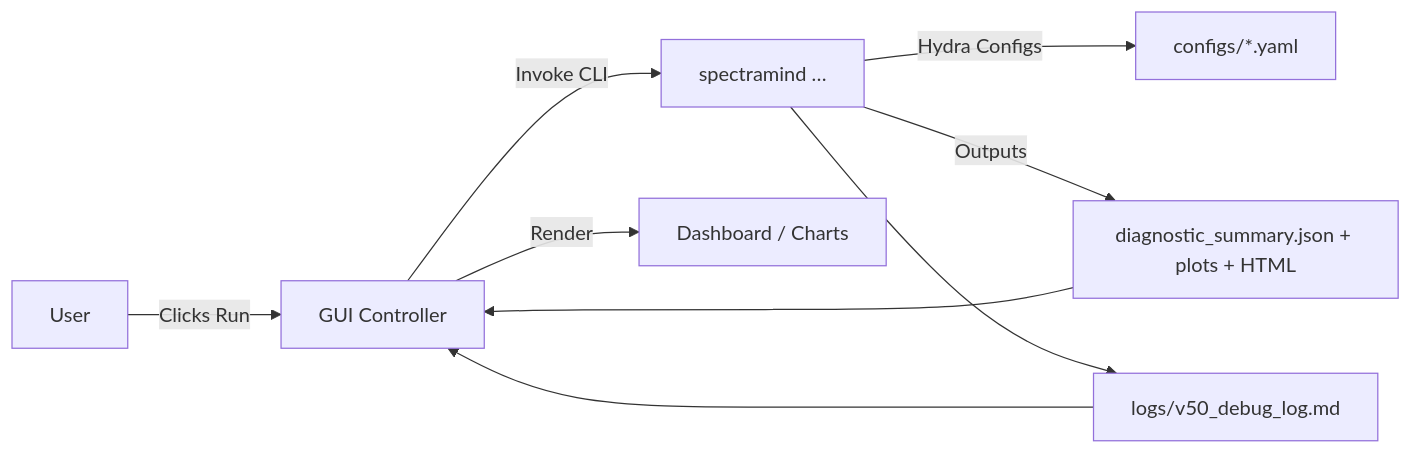
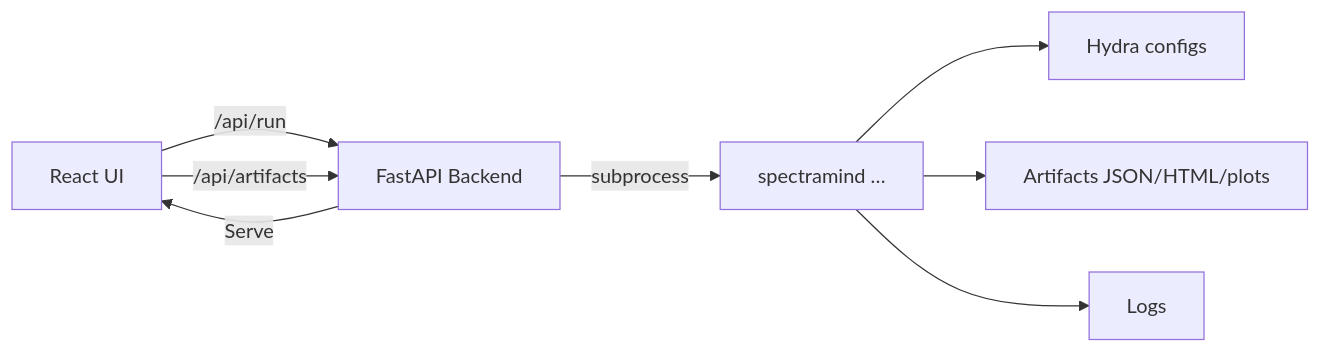
The fifth of 6 diagrams in docs/gui/integration.md (bartytime4life/ArielSensorArray), drawn with Mermaid before and after one commit. The commit also changed other lines of this file, not shown here.

First line of the commit message:
Revise GUI Integration documentation for SpectraMind V50

`````diff
--- a/docs/gui/integration.md
+++ b/docs/gui/integration.md
@@ -24,11 +145,10 @@
 ```mermaid
 flowchart LR
-  U[User] -->|Clicks Run| G[GUI Controller]
-  G -->|Invoke CLI| C[spectramind …]
-  C -->|Hydra Configs| Y[configs/*.yaml]
-  C -->|Outputs| O[diagnostic_summary.json + plots + HTML]
-  O --> G
-  G -->|Render| V[Dashboard / Charts]
-  C --> L[logs/v50_debug_log.md]
-  L --> G
-````
+  A[React UI]:::gui -->|/api/run| B[FastAPI Backend]:::cli
+  B -->|subprocess| C[spectramind …]:::cli
+  C --> D[Hydra configs]:::cfg
+  C --> E[Artifacts JSON/HTML/plots]:::art
+  C --> F[Logs]:::log
+  A -->|/api/artifacts| B
+  B -->|Serve| A
+```
`````
